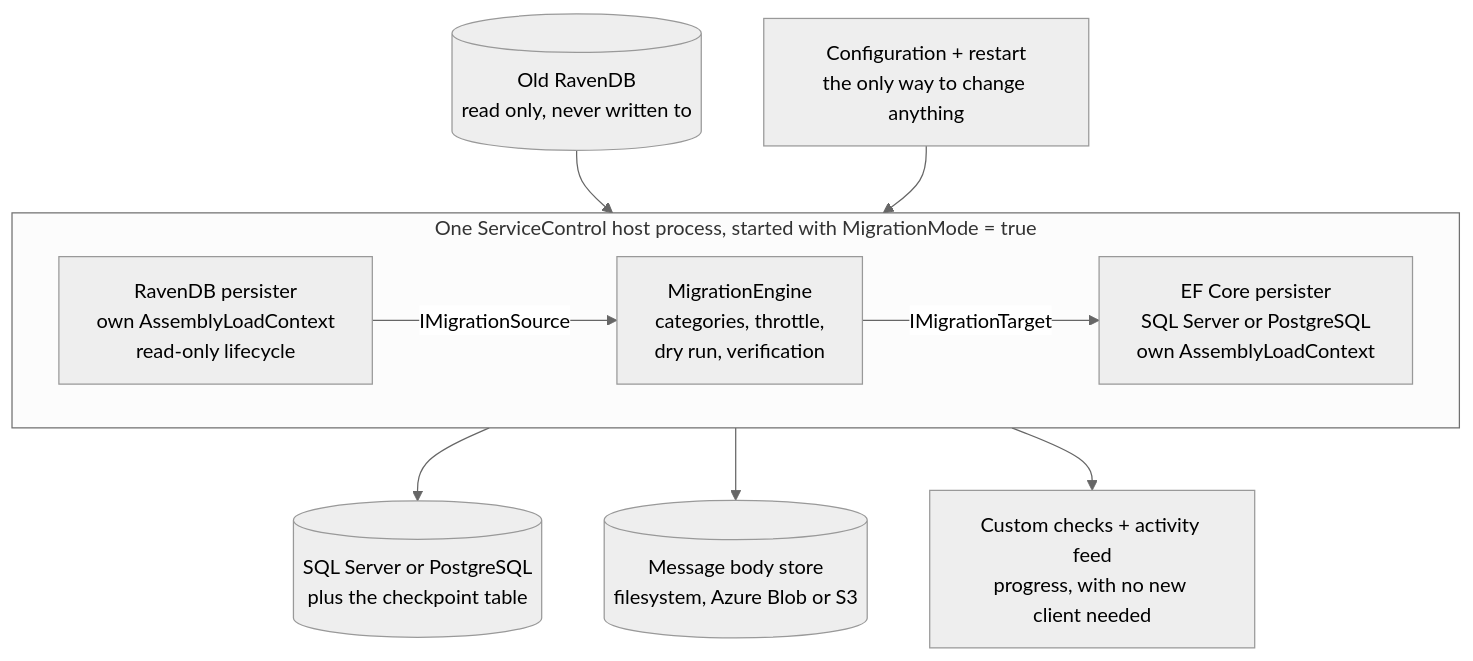
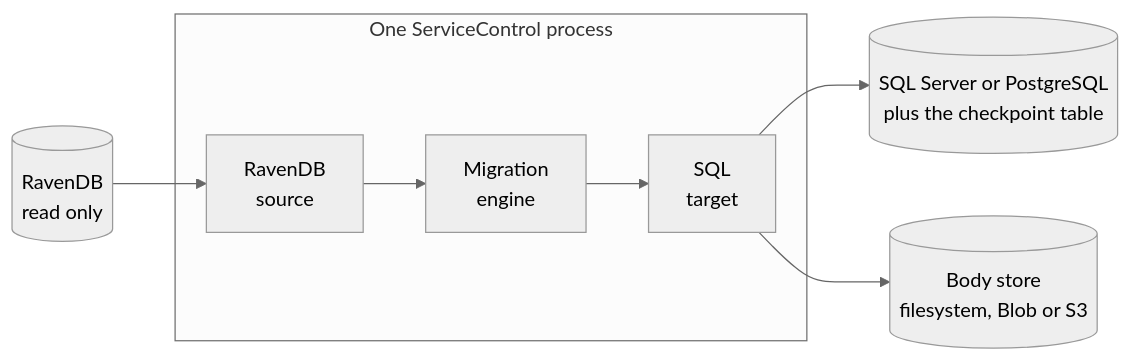
The third of 5 diagrams in docs/migration/ravendb-to-sql-migration-overview.md (Particular/ServiceControl), drawn with Mermaid (neutral theme) before and after one commit. The commit also changed other lines of this file and 141 other files, not shown here.

First line of the commit message:
[Migration Engine Part 3] Implement the RavenDB to SQL migration machinery (#5911)

````diff
--- a/docs/migration/ravendb-to-sql-migration-overview.md
+++ b/docs/migration/ravendb-to-sql-migration-overview.md
@@ -92,24 +77,9 @@
 ```mermaid
-flowchart TB
-    cfg["Configuration + restart<br/>the only way to change anything"]
-    checks["Custom checks + activity feed<br/>progress, with no new client needed"]
-
-    subgraph host["One ServiceControl host process, started with MigrationMode = true"]
-        direction LR
-        raven["RavenDB persister<br/>own AssemblyLoadContext<br/>read-only lifecycle"]
-        engine["MigrationEngine<br/>categories, throttle,<br/>dry run, verification"]
-        target["EF Core persister<br/>SQL Server or PostgreSQL<br/>own AssemblyLoadContext"]
-        raven -->|"IMigrationSource"| engine
-        engine -->|"IMigrationTarget"| target
+flowchart LR
+    subgraph host["One ServiceControl process"]
+        src["RavenDB<br/>source"] --> eng["Migration<br/>engine"] --> tgt["SQL<br/>target"]
     end
-
-    old[("Old RavenDB<br/>read only, never written to")]
-    sql[("SQL Server or PostgreSQL<br/>plus the checkpoint table")]
-    bodies[("Message body store<br/>filesystem, Azure Blob or S3")]
-
-    cfg --> host
-    host --> checks
-    old --> raven
-    target --> sql
-    target --> bodies
+    old[("RavenDB<br/>read only")] --> src
+    tgt --> sql[("SQL Server or PostgreSQL<br/>plus the checkpoint table")]
+    tgt --> bod[("Body store<br/>filesystem, Blob or S3")]
 ```
````
